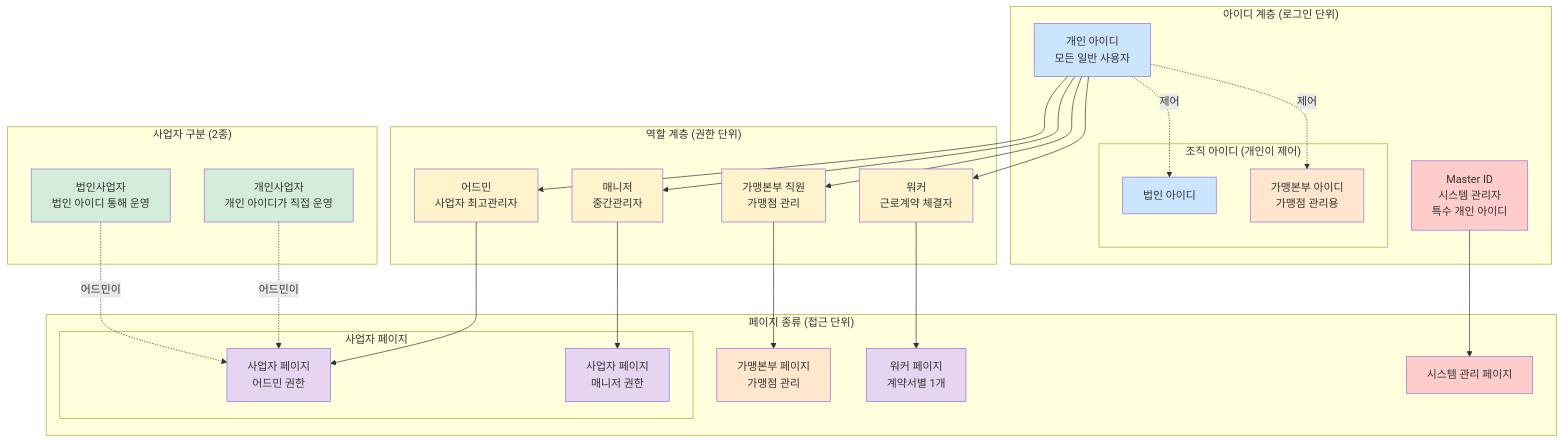
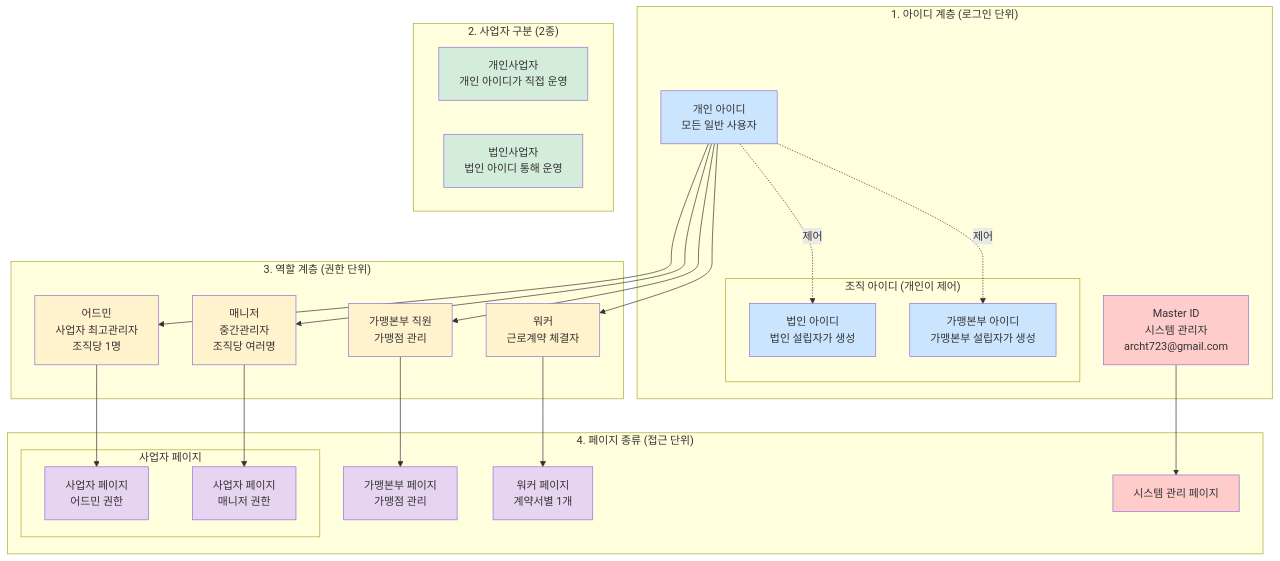
Before and after one commit to crazybass81/DOT: the first of 8 diagrams in services/attendance/user-permission-diagram.md, drawn with Mermaid. The commit also changed other lines of this file, not shown here.

````diff
--- a/services/attendance/user-permission-diagram.md
+++ b/services/attendance/user-permission-diagram.md
@@ -5,65 +5,60 @@
 ```mermaid
 graph TB
-    subgraph "아이디 계층 (로그인 단위)"
-        Master[Master ID<br/>시스템 관리자<br/>특수 개인 아이디]
+    subgraph "1. 아이디 계층 (로그인 단위)"
+        Master[Master ID<br/>시스템 관리자<br/>archt723@gmail.com]
         PersonalID[개인 아이디<br/>모든 일반 사용자]
         
         subgraph "조직 아이디 (개인이 제어)"
-            CorpID[법인 아이디]
-            FranchiseID[가맹본부 아이디<br/>가맹점 관리용]
+            CorpID[법인 아이디<br/>법인 설립자가 생성]
+            FranchiseID[가맹본부 아이디<br/>가맹본부 설립자가 생성]
         end
     end
     
-    subgraph "사업자 구분 (2종)"
+    subgraph "2. 사업자 구분 (2종)"
         IndivBiz[개인사업자<br/>개인 아이디가 직접 운영]
         CorpBiz[법인사업자<br/>법인 아이디 통해 운영]
     end
     
-    subgraph "역할 계층 (권한 단위)"
+    subgraph "3. 역할 계층 (권한 단위)"
         WorkerRole[워커<br/>근로계약 체결자]
-        AdminRole[어드민<br/>사업자 최고관리자]
-        ManagerRole[매니저<br/>중간관리자]
+        AdminRole[어드민<br/>사업자 최고관리자<br/>조직당 1명]
+        ManagerRole[매니저<br/>중간관리자<br/>조직당 여러명]
         FranchiseRole[가맹본부 직원<br/>가맹점 관리]
     end
     
-    subgraph "페이지 종류 (접근 단위)"
+    subgraph "4. 페이지 종류 (접근 단위)"
         subgraph "사업자 페이지"
             BizPageAdmin[사업자 페이지<br/>어드민 권한]
             BizPageManager[사업자 페이지<br/>매니저 권한]
         end
         
         FranchisePage[가맹본부 페이지<br/>가맹점 관리]
         WorkerPage[워커 페이지<br/>계약서별 1개]
         SystemPage[시스템 관리 페이지]
     end
     
     Master --> SystemPage
     PersonalID --> WorkerRole
     PersonalID --> AdminRole
     PersonalID --> ManagerRole
     PersonalID --> FranchiseRole
     PersonalID -.제어.-> CorpID
     PersonalID -.제어.-> FranchiseID
     
     AdminRole --> BizPageAdmin
     ManagerRole --> BizPageManager
     FranchiseRole --> FranchisePage
     WorkerRole --> WorkerPage
     
-    IndivBiz -.어드민이.-> BizPageAdmin
-    CorpBiz -.어드민이.-> BizPageAdmin
-    
     classDef masterClass fill:#ffcccc
     classDef idClass fill:#cce5ff
     classDef bizClass fill:#d4edda
     classDef roleClass fill:#fff3cd
     classDef pageClass fill:#e7d4f0
-    classDef franchiseClass fill:#ffe6cc
     
     class Master,SystemPage masterClass
     class PersonalID,CorpID,FranchiseID idClass
     class IndivBiz,CorpBiz bizClass
     class WorkerRole,AdminRole,ManagerRole,FranchiseRole roleClass
-    class BizPageAdmin,BizPageManager,WorkerPage pageClass
-    class FranchisePage,FranchiseID franchiseClass
+    class BizPageAdmin,BizPageManager,WorkerPage,FranchisePage pageClass
 ```
````
